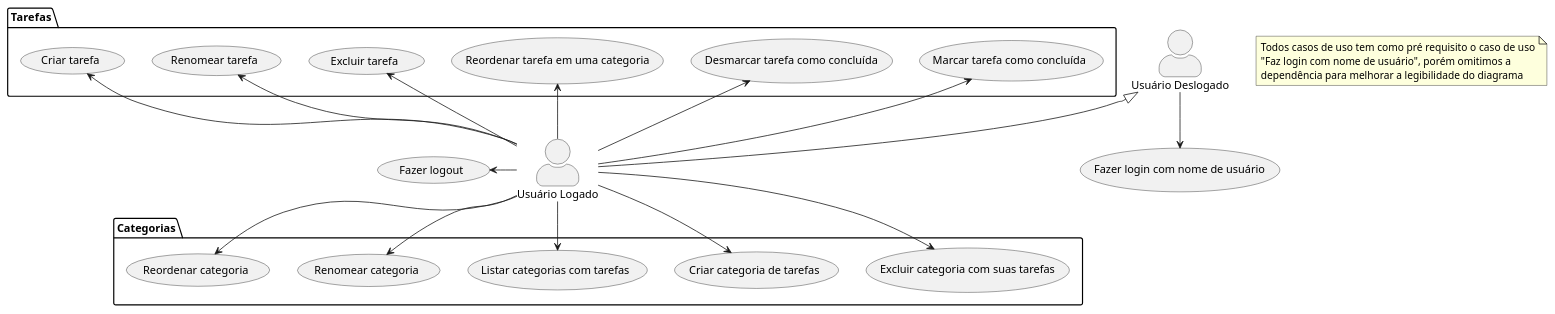
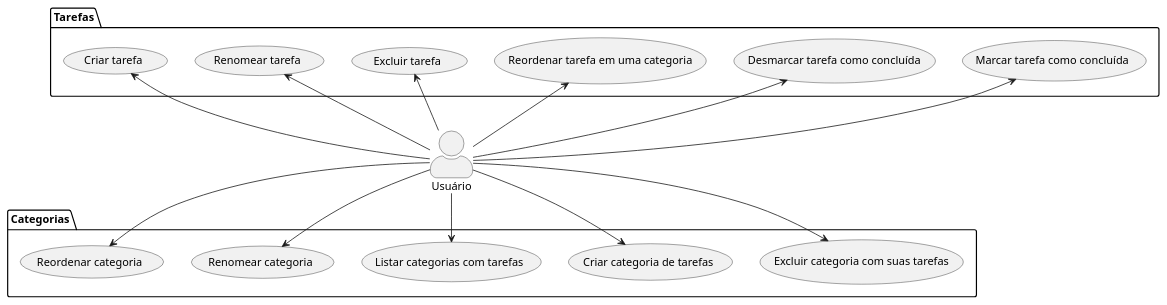
One commit to brunobmello25/sistema-web-SD changed the diagram in docs/casos-de-uso.puml. Above: the diagram before and after it, drawn with PlantUML. The commit also changed 2 other files, not shown here.

```diff
--- a/docs/casos-de-uso.puml
+++ b/docs/casos-de-uso.puml
@@ -1,53 +1,38 @@
 @startuml
 
 skinparam actorStyle awesome
-
-"Fazer login com nome de usuário" as (fazerLogin)
-"Fazer logout" as (fazerLogout)
 
 package Categorias {
   "Criar categoria de tarefas" as (criarCategoria)
   "Listar categorias com tarefas" as (listarCategorias)
   "Renomear categoria" as (renomearCategoria)
   "Reordenar categoria" as (reordenarCategoria)
   "Excluir categoria com suas tarefas" as (excluirCategoria)
 }
 
 package Tarefas {
   "Criar tarefa" as (criarTarefa)
   "Renomear tarefa" as (renomearTarefa)
   "Excluir tarefa" as (excluirTarefa)
   "Marcar tarefa como concluída" as (marcarTarefaConcluida)
   "Desmarcar tarefa como concluída" as (desmarcarTarefaConcluida)
   "Reordenar tarefa em uma categoria" as (reordenarTarefa)
 }
 
-"Usuário Deslogado" as usuarioDeslogado
-"Usuário Logado" as usuarioLogado
+"Usuário" as usuario
 
-usuarioDeslogado <|-- usuarioLogado
+usuario -down-> (criarCategoria)
+usuario -down-> (listarCategorias)
+usuario -down-> (renomearCategoria)
+usuario -down-> (reordenarCategoria)
+usuario -up-> (excluirCategoria)
 
-usuarioDeslogado -down-> (fazerLogin)
+usuario -up-> (criarTarefa)
+usuario -up-> (renomearTarefa)
+usuario -up-> (excluirTarefa)
 
-usuarioLogado -down-> (criarCategoria)
-usuarioLogado -down-> (listarCategorias)
-usuarioLogado -down-> (renomearCategoria)
-usuarioLogado -down-> (reordenarCategoria)
-usuarioLogado -up-> (excluirCategoria)
-
-usuarioLogado -up-> (criarTarefa)
-usuarioLogado -up-> (renomearTarefa)
-usuarioLogado -up-> (excluirTarefa)
-
-usuarioLogado -left-> (marcarTarefaConcluida)
-usuarioLogado -left-> (desmarcarTarefaConcluida)
-usuarioLogado -left-> (reordenarTarefa)
-usuarioLogado -left-> (fazerLogout)
-
-note as N1
-  Todos casos de uso tem como pré requisito o caso de uso
-  "Faz login com nome de usuário", porém omitimos a
-  dependência para melhorar a legibilidade do diagrama
-end note
+usuario -left-> (marcarTarefaConcluida)
+usuario -left-> (desmarcarTarefaConcluida)
+usuario -left-> (reordenarTarefa)
 
 @enduml
```
